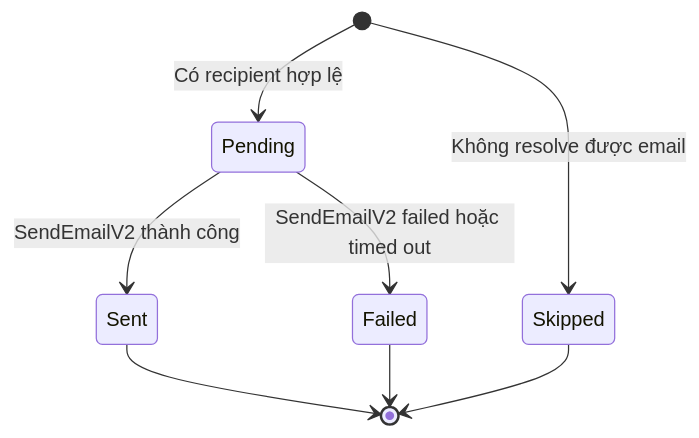
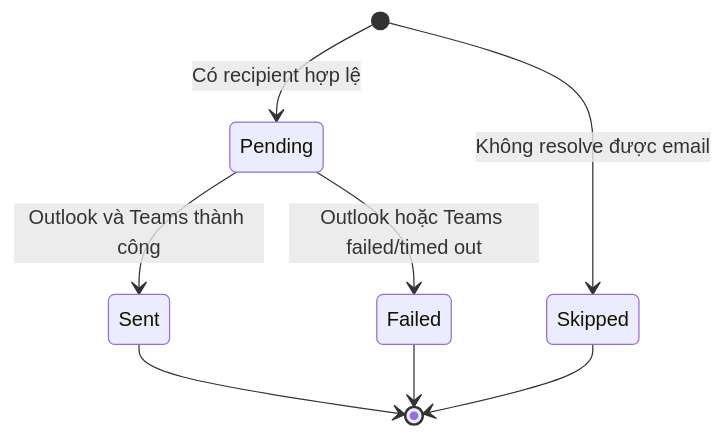
One commit to vuongicesmile/metasys-poc changed the second of 3 diagrams in docs/runbooks/user-email-notifications.vi.md. Above: the diagram before and after it, drawn with Mermaid. The commit also changed other lines of this file and 41 other files, not shown here.

````diff
--- a/docs/runbooks/user-email-notifications.vi.md
+++ b/docs/runbooks/user-email-notifications.vi.md
@@ -62,10 +70,10 @@
 ```mermaid
 stateDiagram-v2
     [*] --> Pending: Có recipient hợp lệ
     [*] --> Skipped: Không resolve được email
-    Pending --> Sent: SendEmailV2 thành công
-    Pending --> Failed: SendEmailV2 failed hoặc timed out
+    Pending --> Sent: Outlook và Teams thành công
+    Pending --> Failed: Outlook hoặc Teams failed/timed out
     Sent --> [*]
     Failed --> [*]
     Skipped --> [*]
 ```
````
